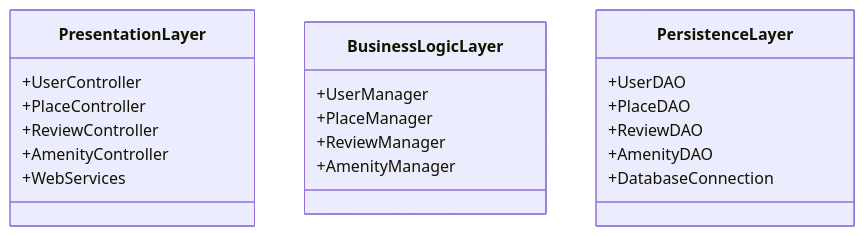
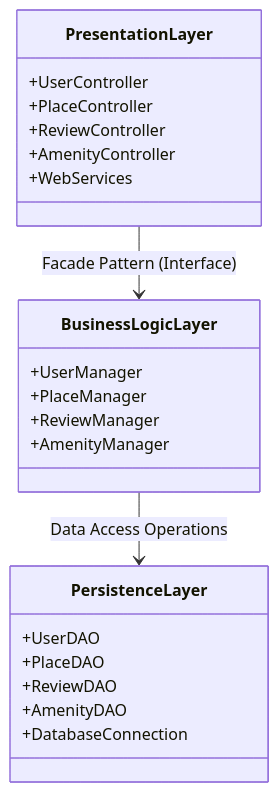
The diagram in PackageDiagram.mmd (omarrui/holbertonschool-hbnb), drawn with Mermaid before and after one commit. The commit also changed 1 other file, not shown here.

Commit message:
refactor: update Class and Package diagrams for clarity and consistency

```diff
--- a/PackageDiagram.mmd
+++ b/PackageDiagram.mmd
@@ -1,25 +1,28 @@
 classDiagram
 
 class PresentationLayer {
     +UserController
     +PlaceController
     +ReviewController
     +AmenityController
     +WebServices
     
 }
 
 class BusinessLogicLayer {
     +UserManager
     +PlaceManager
     +ReviewManager
     +AmenityManager
 }
 
 class PersistenceLayer {
     +UserDAO
     +PlaceDAO
     +ReviewDAO
     +AmenityDAO
     +DatabaseConnection
 }
+
+PresentationLayer --> BusinessLogicLayer : Facade Pattern (Interface)
+BusinessLogicLayer --> PersistenceLayer : Data Access Operations
```
